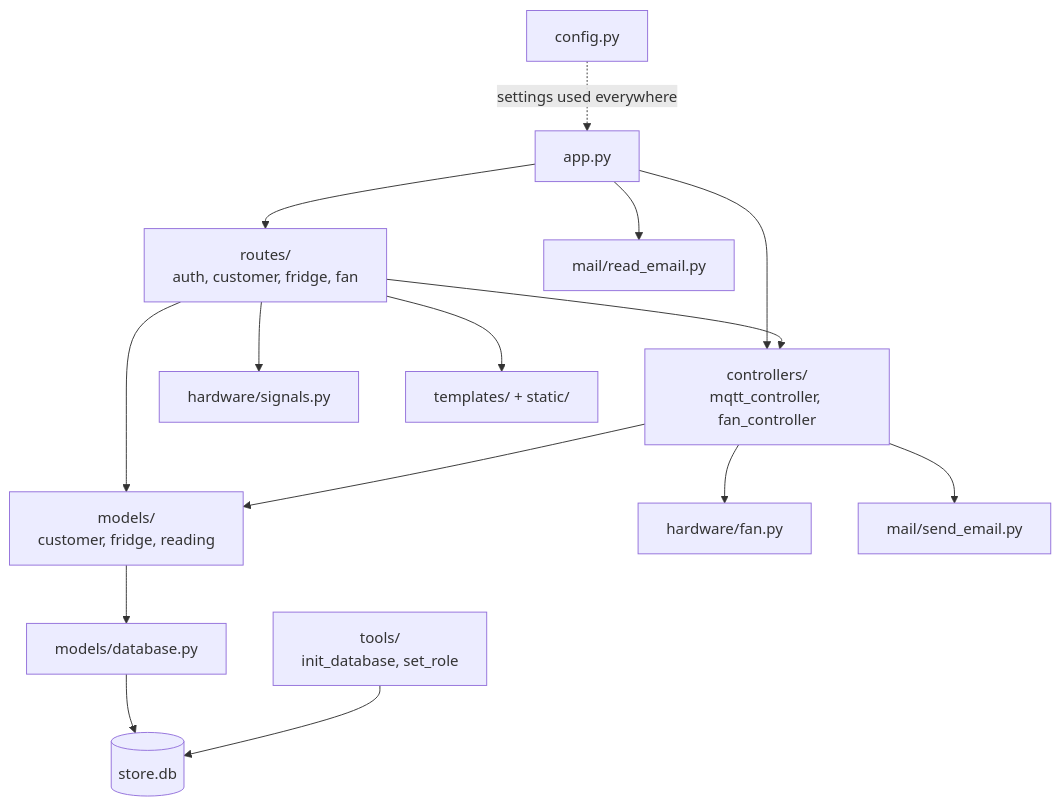
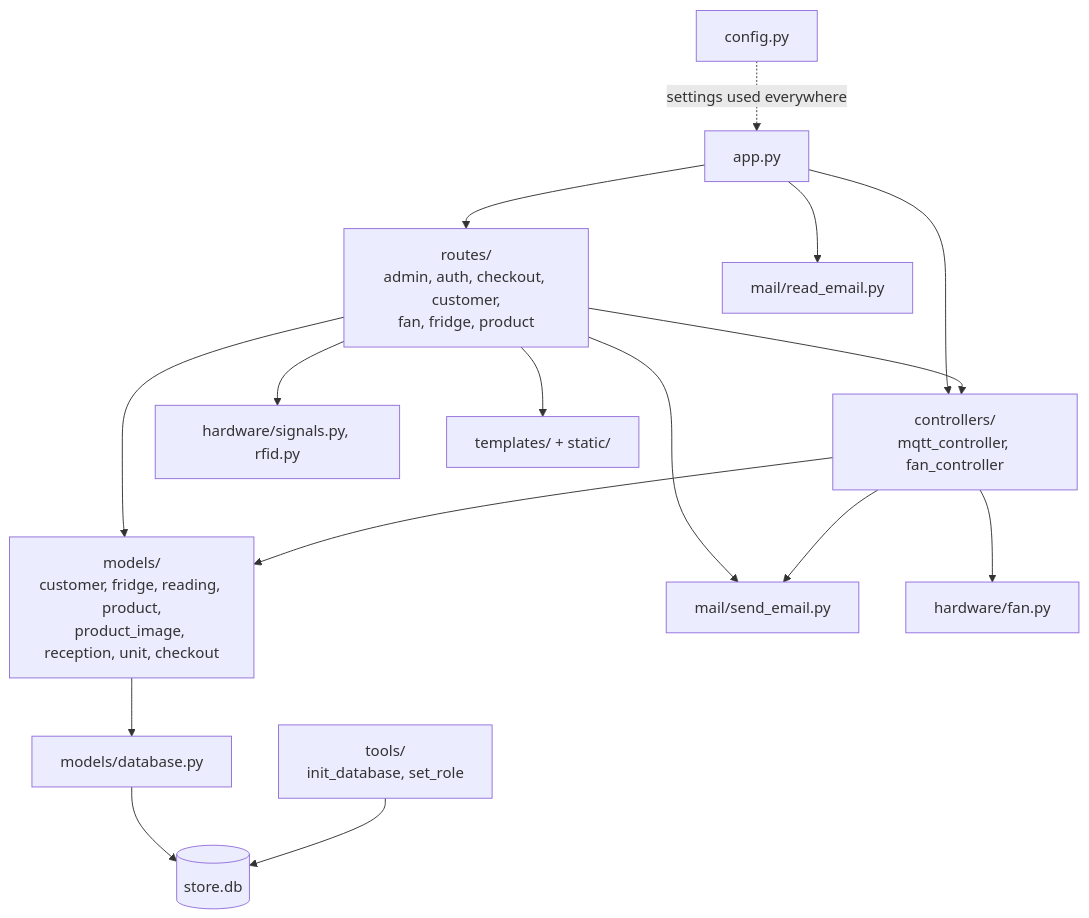
One commit to gvogas/IoT changed the second of 7 diagrams in docs/architecture.md. Above: the diagram before and after it, drawn with Mermaid. The commit also changed other lines of this file and 92 other files, not shown here.

````diff
--- a/docs/architecture.md
+++ b/docs/architecture.md
@@ -58,21 +79,22 @@
 ```mermaid
 flowchart TD
     app["app.py"] --> routes
     app --> controllers
     app --> mail_read["mail/read_email.py"]
 
-    routes["routes/<br/>auth, customer, fridge, fan"] --> models
+    routes["routes/<br/>admin, auth, checkout, customer,<br/>fan, fridge, product"] --> models
     routes --> controllers
-    routes --> signals["hardware/signals.py"]
+    routes --> signals["hardware/signals.py, rfid.py"]
+    routes --> mail_send
     routes --> templates["templates/ + static/"]
 
     controllers["controllers/<br/>mqtt_controller, fan_controller"] --> models
     controllers --> fan["hardware/fan.py"]
     controllers --> mail_send["mail/send_email.py"]
 
-    models["models/<br/>customer, fridge, reading"] --> database["models/database.py"]
+    models["models/<br/>customer, fridge, reading, product,<br/>product_image, reception, unit, checkout"] --> database["models/database.py"]
     database --> db[("store.db")]
 
     tools["tools/<br/>init_database, set_role"] --> db
     config["config.py"] -.->|"settings used everywhere"| app
 ```
````
